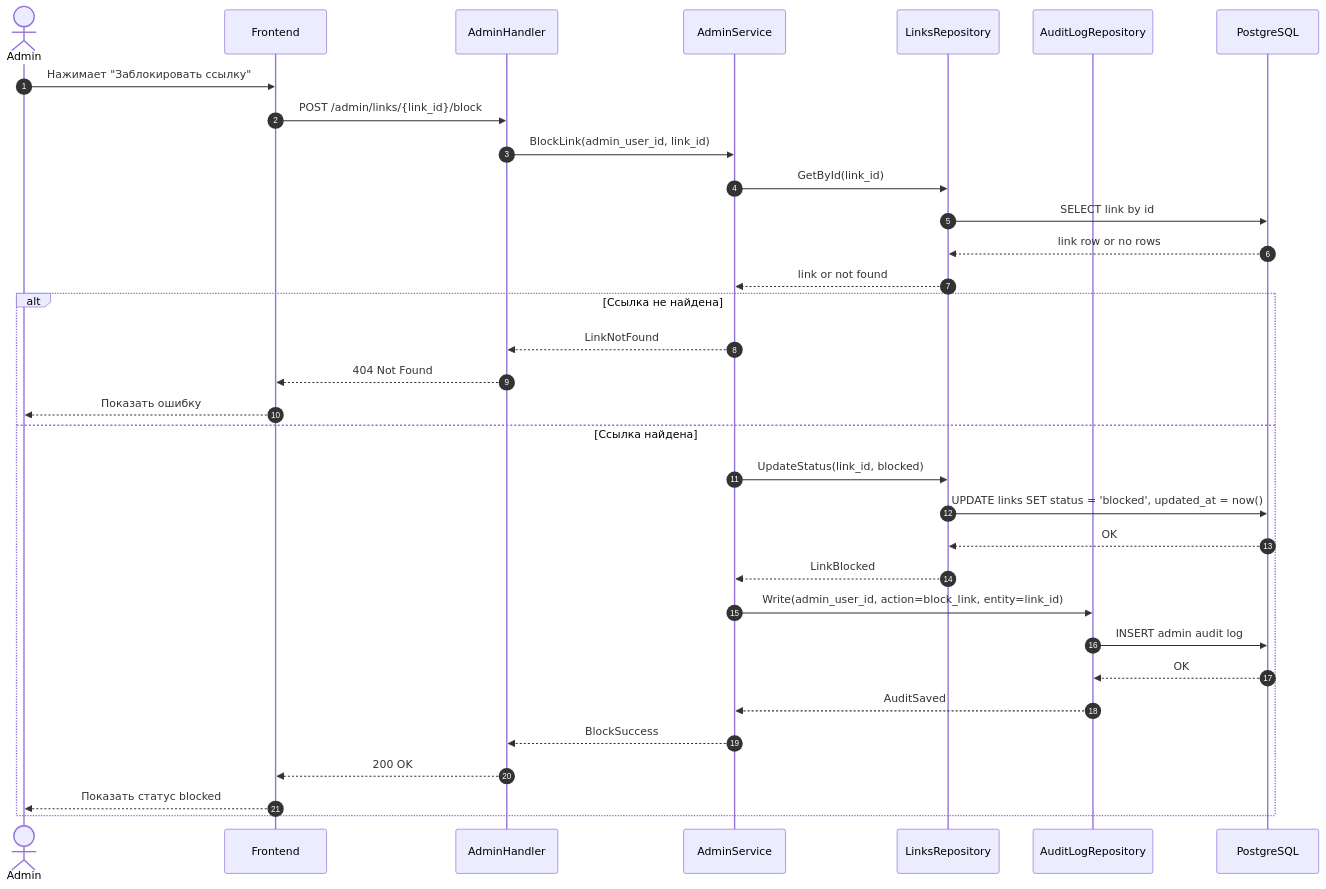
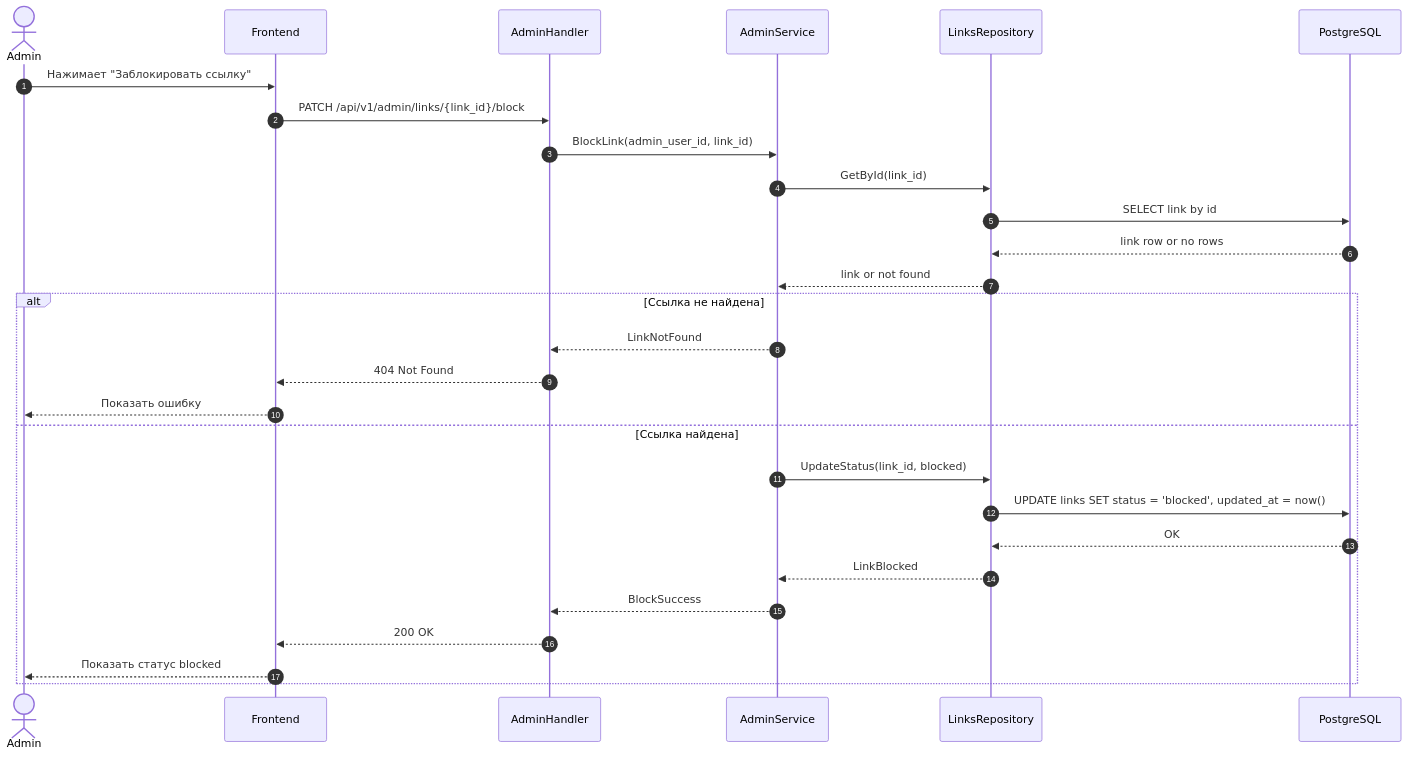
The diagram in docs/Sequence/SD-29.md (k3llone/TrackLink), drawn with Mermaid before and after one commit. The commit also changed 33 other files, not shown here.

````diff
--- a/docs/Sequence/SD-29.md
+++ b/docs/Sequence/SD-29.md
@@ -3,42 +3,36 @@
 ```mermaid
 sequenceDiagram
     autonumber
 
     actor Admin
     participant FE as Frontend
     participant ADH as AdminHandler
     participant ADS as AdminService
     participant LR as LinksRepository
-    participant AL as AuditLogRepository
     participant DB as PostgreSQL
 
     Admin->>FE: Нажимает "Заблокировать ссылку"
-    FE->>ADH: POST /admin/links/{link_id}/block
+    FE->>ADH: PATCH /api/v1/admin/links/{link_id}/block
 
     ADH->>ADS: BlockLink(admin_user_id, link_id)
 
     ADS->>LR: GetById(link_id)
     LR->>DB: SELECT link by id
     DB-->>LR: link row or no rows
     LR-->>ADS: link or not found
 
     alt Ссылка не найдена
         ADS-->>ADH: LinkNotFound
         ADH-->>FE: 404 Not Found
         FE-->>Admin: Показать ошибку
     else Ссылка найдена
         ADS->>LR: UpdateStatus(link_id, blocked)
         LR->>DB: UPDATE links SET status = 'blocked', updated_at = now()
         DB-->>LR: OK
         LR-->>ADS: LinkBlocked
 
-        ADS->>AL: Write(admin_user_id, action=block_link, entity=link_id)
-        AL->>DB: INSERT admin audit log
-        DB-->>AL: OK
-        AL-->>ADS: AuditSaved
-
         ADS-->>ADH: BlockSuccess
         ADH-->>FE: 200 OK
         FE-->>Admin: Показать статус blocked
     end
 ```
````
